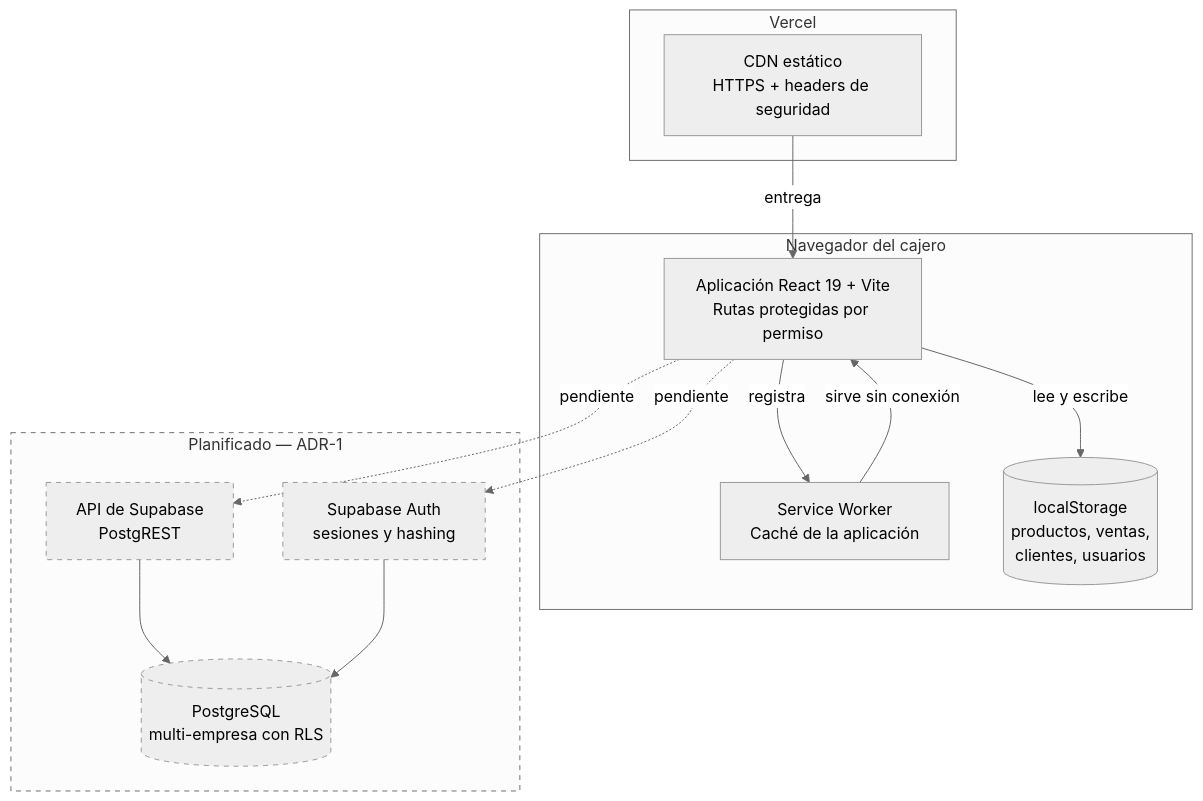
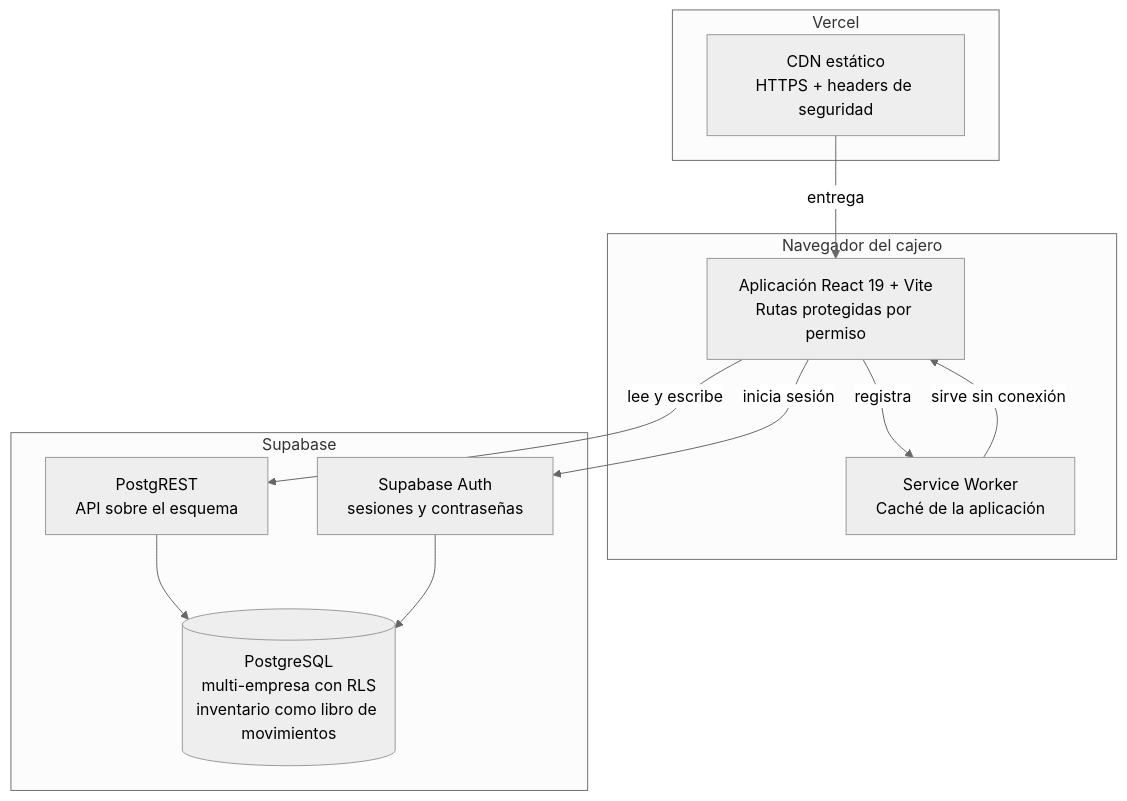
Before and after one commit to oviedoarnold/Sistema-Ferreteria: the second of 3 diagrams in docs/arquitectura.md, drawn with Mermaid (neutral theme). The commit also changed other lines of this file and 20 other files, not shown here.

First line of the commit message:
feat(supabase): migra cotizaciones y retira el almacenamiento local

````diff
--- a/docs/arquitectura.md
+++ b/docs/arquitectura.md
@@ -51,30 +51,25 @@
 ```mermaid
 flowchart TB
   subgraph navegador["Navegador del cajero"]
     spa["Aplicación React 19 + Vite<br/>Rutas protegidas por permiso"]
     sw["Service Worker<br/>Caché de la aplicación"]
-    ls[("localStorage<br/>productos, ventas,<br/>clientes, usuarios")]
   end
 
   subgraph vercel["Vercel"]
     cdn["CDN estático<br/>HTTPS + headers de seguridad"]
   end
 
-  subgraph planificado["Planificado — ADR-1"]
-    api["API de Supabase<br/>PostgREST"]
-    db[("PostgreSQL<br/>multi-empresa con RLS")]
-    auth["Supabase Auth<br/>sesiones y hashing"]
+  subgraph supabase["Supabase"]
+    api["PostgREST<br/>API sobre el esquema"]
+    db[("PostgreSQL<br/>multi-empresa con RLS<br/>inventario como libro de movimientos")]
+    auth["Supabase Auth<br/>sesiones y contraseñas"]
   end
 
-  spa -->|"lee y escribe"| ls
   spa -->|"registra"| sw
   sw -->|"sirve sin conexión"| spa
   cdn -->|"entrega"| spa
-  spa -.->|"pendiente"| api
+  spa -->|"lee y escribe"| api
   api --> db
-  spa -.->|"pendiente"| auth
+  spa -->|"inicia sesión"| auth
   auth --> db
-
-  classDef pend stroke-dasharray: 5 5
-  class api,db,auth,planificado pend
 ```
````
